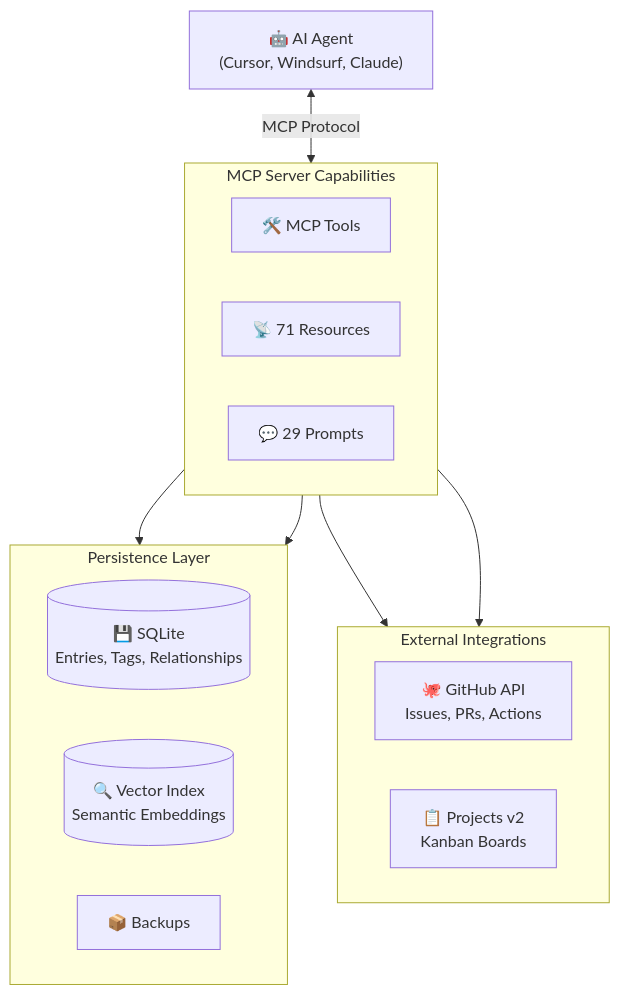
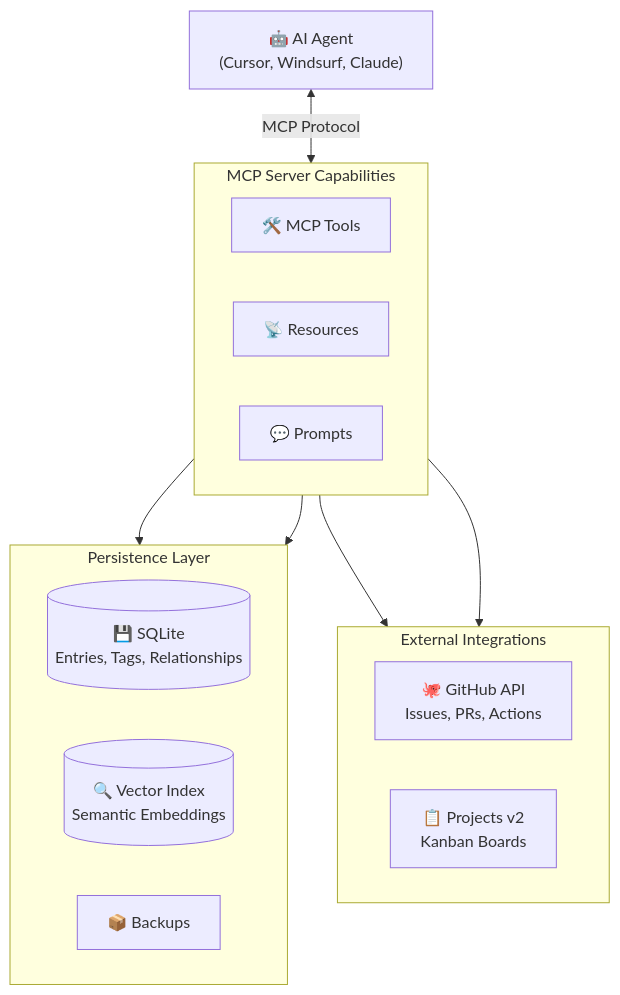
One commit to neverinfamous/memory-journal-mcp changed the second of 2 diagrams in README.md. Above: the diagram before and after it, drawn with Mermaid. The commit also changed other lines of this file and 4 other files, not shown here.

````diff
--- a/README.md
+++ b/README.md
@@ -746,28 +746,28 @@
 ```mermaid
 flowchart TB
     AI["🤖 AI Agent<br/>(Cursor, Windsurf, Claude)"]
 
     subgraph MCP["MCP Server Capabilities"]
         direction LR
         Tools["🛠️ MCP Tools"]
-        Resources["📡 71 Resources"]
-        Prompts["💬 29 Prompts"]
+        Resources["📡 Resources"]
+        Prompts["💬 Prompts"]
     end
 
     subgraph Storage["Persistence Layer"]
         SQLite[("💾 SQLite<br/>Entries, Tags, Relationships")]
         Vector[("🔍 Vector Index<br/>Semantic Embeddings")]
         Backups["📦 Backups"]
     end
 
     subgraph External["External Integrations"]
         GitHub["🐙 GitHub API<br/>Issues, PRs, Actions"]
         Kanban["📋 Projects v2<br/>Kanban Boards"]
     end
 
     AI <-->|"MCP Protocol"| MCP
     Tools --> Storage
     Tools --> External
     Resources --> Storage
     Resources --> External
 ```
````
